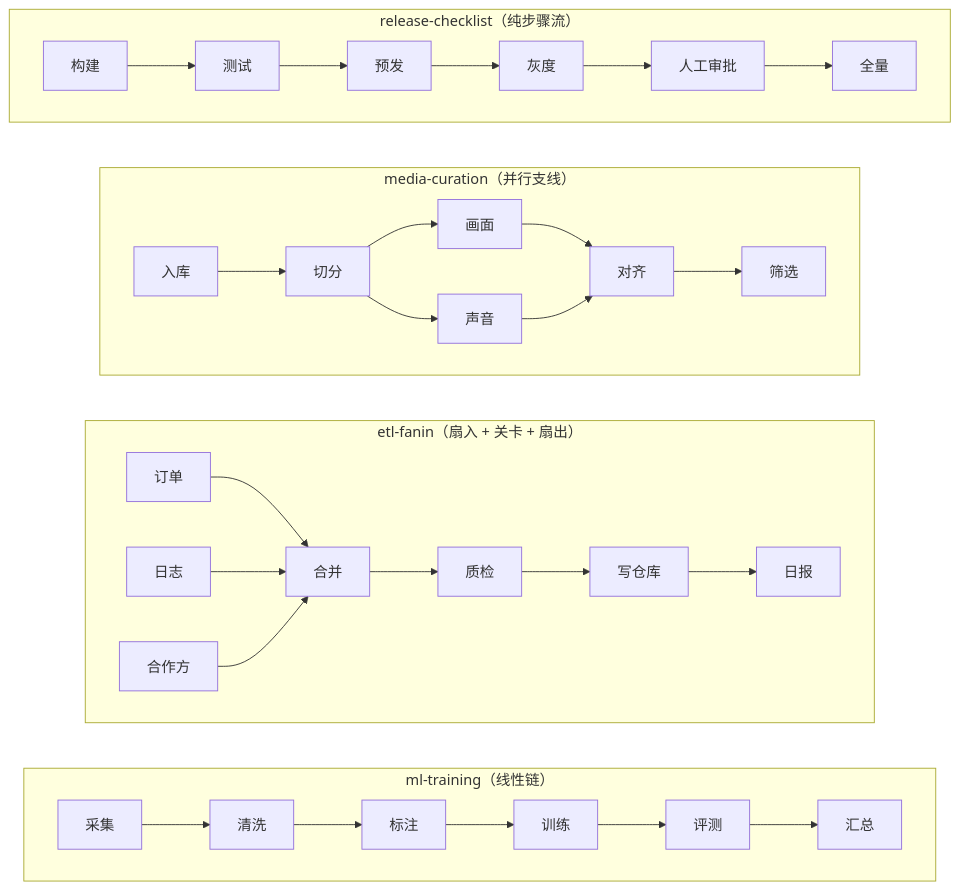
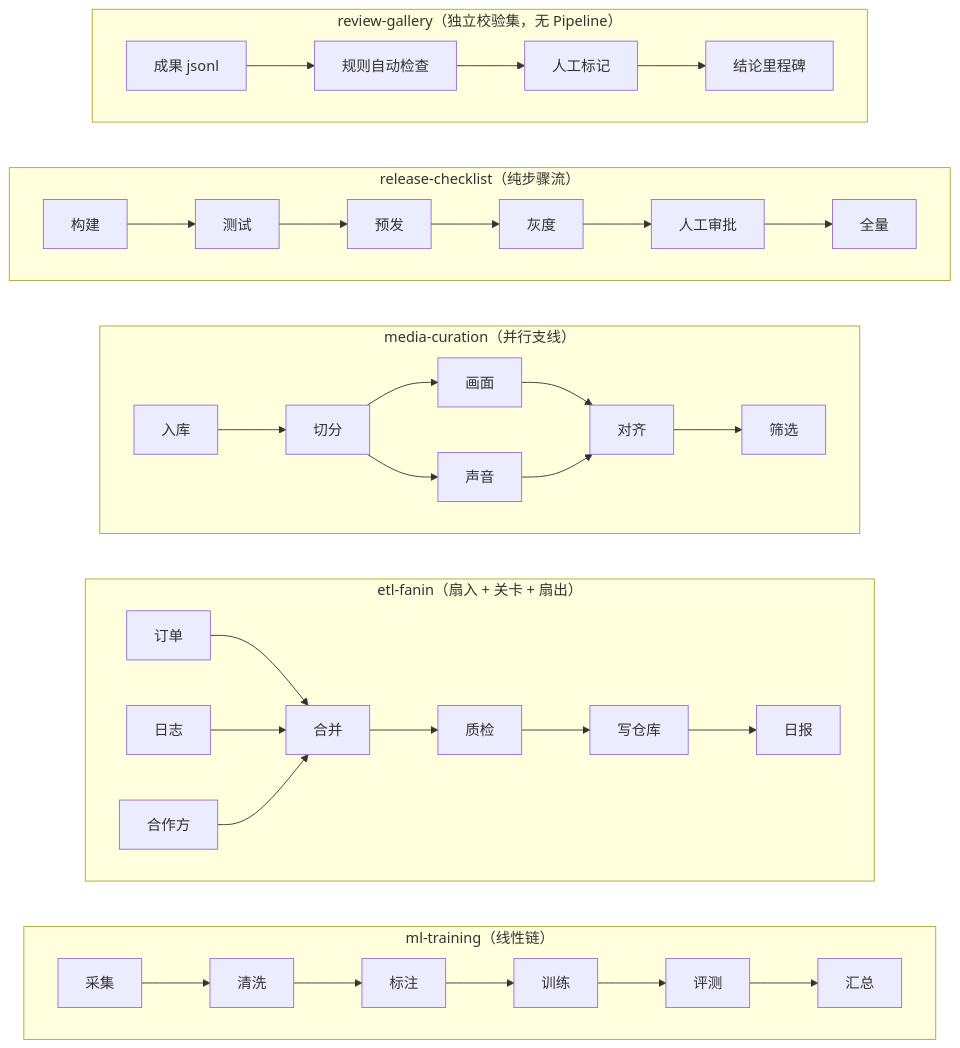
The second of 2 diagrams in examples/README.md (StevenHuang233/AI-record), drawn with Mermaid before and after one commit. The commit also changed other lines of this file and 24 other files, not shown here.

Commit message:
feat: 成果校验模块（规则自动检查 + 人工逐条标记 + 键盘操作 + diff 对比）、第五个范例 review-gallery

````diff
--- a/examples/README.md
+++ b/examples/README.md
@@ -28,25 +29,29 @@
 ```mermaid
 flowchart LR
     subgraph ML["ml-training（线性链）"]
         direction LR
         m1["采集"] --> m2["清洗"] --> m3["标注"] --> m4["训练"] --> m5["评测"] --> m6["汇总"]
     end
     subgraph ETL["etl-fanin（扇入 + 关卡 + 扇出）"]
         direction LR
         e1["订单"] --> em["合并"]
         e2["日志"] --> em
         e3["合作方"] --> em
         em --> eg["质检"] --> ew["写仓库"] --> er["日报"]
     end
     subgraph MED["media-curation（并行支线）"]
         direction LR
         d1["入库"] --> d2["切分"]
         d2 --> d3["画面"] --> d5["对齐"]
         d2 --> d4["声音"] --> d5
         d5 --> d6["筛选"]
     end
     subgraph REL["release-checklist（纯步骤流）"]
         direction LR
         r1["构建"] --> r2["测试"] --> r3["预发"] --> r4["灰度"] --> r5["人工审批"] --> r6["全量"]
     end
+    subgraph GAL["review-gallery（独立校验集，无 Pipeline）"]
+        direction LR
+        g1["成果 jsonl"] --> g2["规则自动检查"] --> g3["人工标记"] --> g4["结论里程碑"]
+    end
 ```
````
